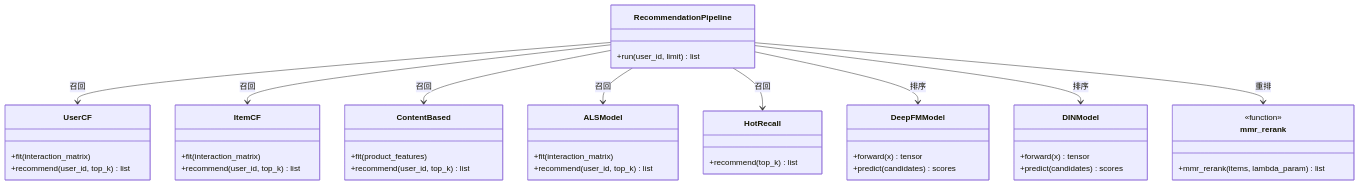
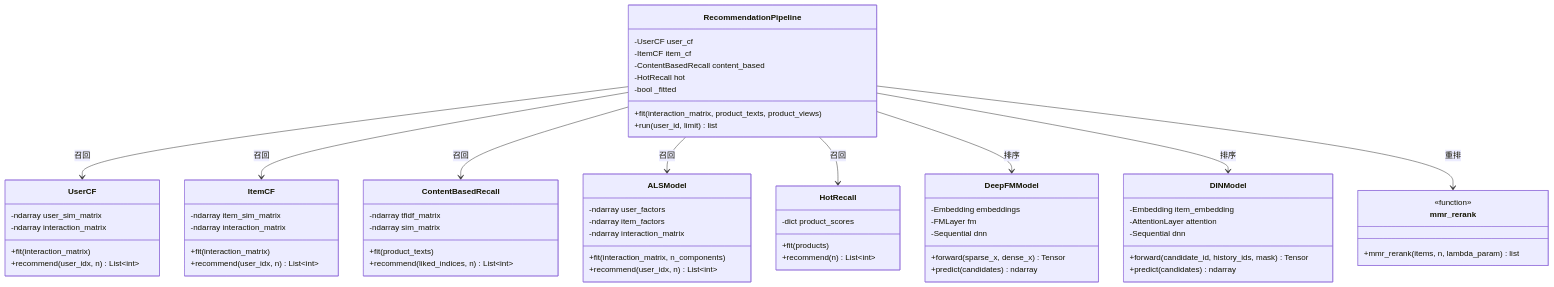
The ninth of 13 diagrams in docs/figures.md (kun041011/ecommerce-ad-recommendation-system), drawn with Mermaid before and after one commit. The commit also changed other lines of this file, not shown here.

Commit message:
docs: add member variables to class diagrams 5-2 and 5-4
图5-2 推荐引擎类图:
- Pipeline: user_cf, item_cf, content_based, hot, _fitted
- UserCF/ItemCF: sim_matrix, interaction_matrix
- ContentBasedRecall: tfidf_matrix, sim_matrix
- ALSModel: user_factors, item_factors, interaction_matrix
- HotRecall: product_scores
- DeepFMModel: embeddings, fm, dnn
- DINModel: item_embedding, attention, dnn

图5-4 广告引擎类图:
- AdService: db + 5 methods (create/fetch/record/get/stats)
- ActivityScorer: BEHAVIOR_WEIGHTS, DECAY_RATE + 3 methods
- FrequencyPolicy: typed fields (int)

````diff
--- a/docs/figures.md
+++ b/docs/figures.md
@@ -168,45 +168,68 @@
 ```mermaid
 classDiagram
     class RecommendationPipeline {
+        -UserCF user_cf
+        -ItemCF item_cf
+        -ContentBasedRecall content_based
+        -HotRecall hot
+        -bool _fitted
+        +fit(interaction_matrix, product_texts, product_views)
         +run(user_id, limit) list
     }
     class UserCF {
+        -ndarray user_sim_matrix
+        -ndarray interaction_matrix
         +fit(interaction_matrix)
-        +recommend(user_id, top_k) list
+        +recommend(user_idx, n) List~int~
     }
     class ItemCF {
+        -ndarray item_sim_matrix
+        -ndarray interaction_matrix
         +fit(interaction_matrix)
-        +recommend(user_id, top_k) list
+        +recommend(user_idx, n) List~int~
     }
-    class ContentBased {
-        +fit(product_features)
-        +recommend(user_id, top_k) list
+    class ContentBasedRecall {
+        -ndarray tfidf_matrix
+        -ndarray sim_matrix
+        +fit(product_texts)
+        +recommend(liked_indices, n) List~int~
     }
     class ALSModel {
-        +fit(interaction_matrix)
-        +recommend(user_id, top_k) list
+        -ndarray user_factors
+        -ndarray item_factors
+        -ndarray interaction_matrix
+        +fit(interaction_matrix, n_components)
+        +recommend(user_idx, n) List~int~
     }
     class HotRecall {
-        +recommend(top_k) list
+        -dict product_scores
+        +fit(products)
+        +recommend(n) List~int~
     }
     class DeepFMModel {
-        +forward(x) tensor
-        +predict(candidates) scores
+        -Embedding embeddings
+        -FMLayer fm
+        -Sequential dnn
+        +forward(sparse_x, dense_x) Tensor
+        +predict(candidates) ndarray
     }
     class DINModel {
-        +forward(x) tensor
-        +predict(candidates) scores
+        -Embedding item_embedding
+        -AttentionLayer attention
+        -Sequential dnn
+        +forward(candidate_id, history_ids, mask) Tensor
+        +predict(candidates) ndarray
     }
     class mmr_rerank {
         <<function>>
-        +mmr_rerank(items, lambda_param) list
+        +mmr_rerank(items, n, lambda_param) list
     }
     RecommendationPipeline --> UserCF : 召回
     RecommendationPipeline --> ItemCF : 召回
-    RecommendationPipeline --> ContentBased : 召回
+    RecommendationPipeline --> ContentBasedRecall : 召回
     RecommendationPipeline --> ALSModel : 召回
     RecommendationPipeline --> HotRecall : 召回
     RecommendationPipeline --> DeepFMModel : 排序
     RecommendationPipeline --> DINModel : 排序
     RecommendationPipeline --> mmr_rerank : 重排
 ```
````
